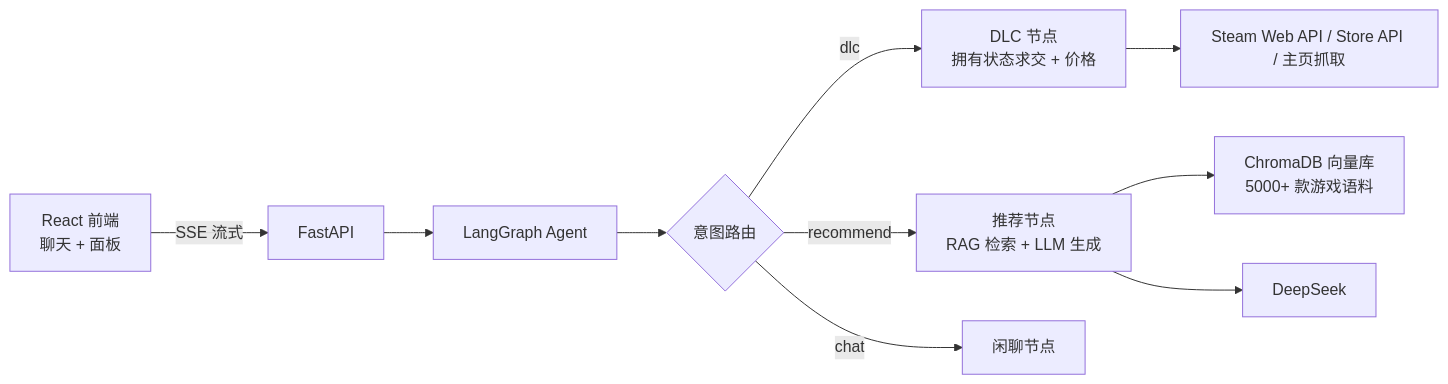
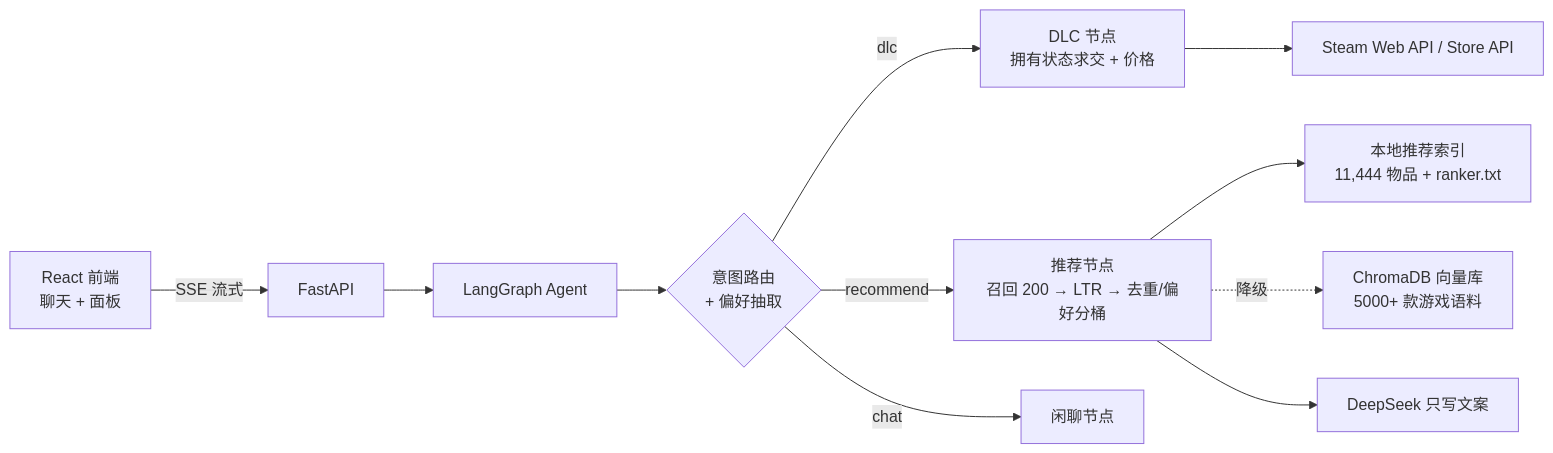
Before and after one commit to vitreoustar/GameAssistant: the diagram in README.md, drawn with Mermaid. The commit also changed other lines of this file and 17 other files, not shown here.

````diff
--- a/README.md
+++ b/README.md
@@ -19,12 +21,13 @@
 ```mermaid
 flowchart LR
   FE[React 前端<br/>聊天 + 面板] -->|SSE 流式| API[FastAPI]
   API --> AG[LangGraph Agent]
-  AG --> RT{意图路由}
+  AG --> RT{意图路由<br/>+ 偏好抽取}
   RT -->|dlc| DLC[DLC 节点<br/>拥有状态求交 + 价格]
-  RT -->|recommend| REC[推荐节点<br/>RAG 检索 + LLM 生成]
+  RT -->|recommend| REC[推荐节点<br/>召回 200 → LTR → 去重/偏好分桶]
   RT -->|chat| CHAT[闲聊节点]
-  DLC --> STEAM[Steam Web API / Store API / 主页抓取]
-  REC --> RAG[ChromaDB 向量库<br/>5000+ 款游戏语料]
-  REC --> LLM[DeepSeek]
+  DLC --> STEAM[Steam Web API / Store API]
+  REC --> IDX[本地推荐索引<br/>11,444 物品 + ranker.txt]
+  REC -.降级.-> RAG[ChromaDB 向量库<br/>5000+ 款游戏语料]
+  REC --> LLM[DeepSeek 只写文案]
 ```
````
